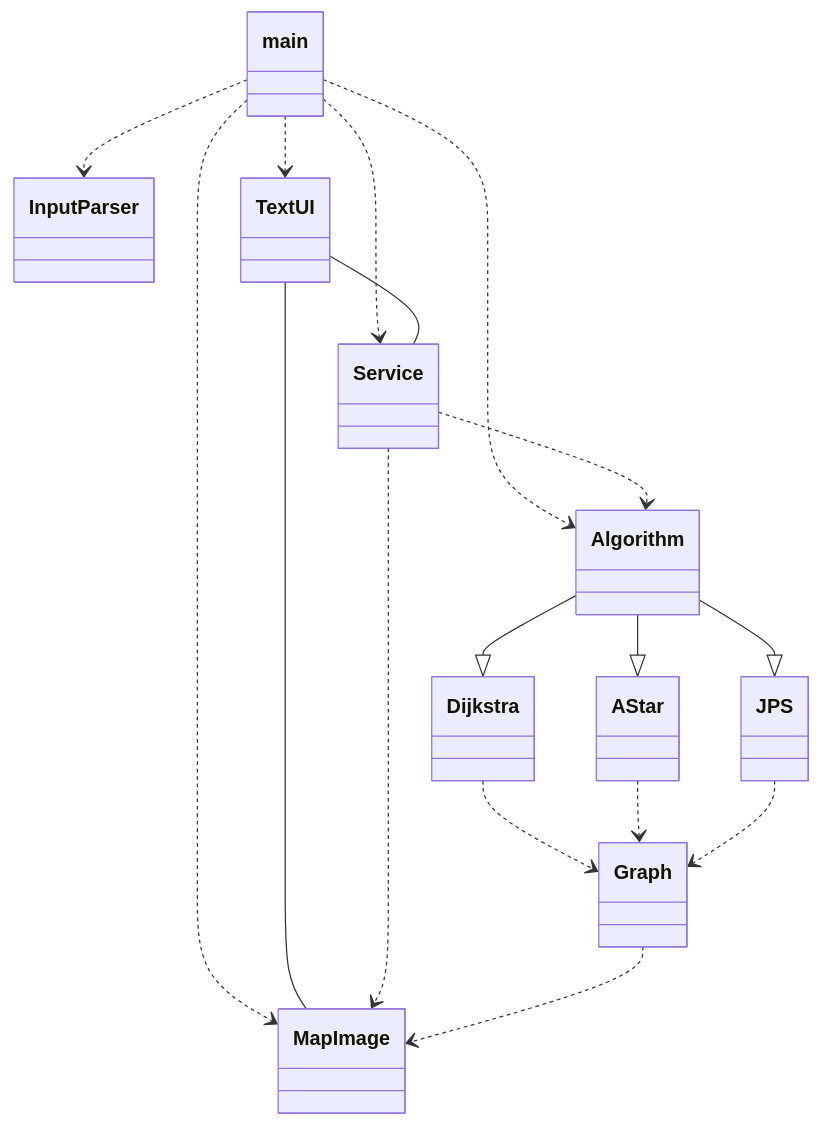
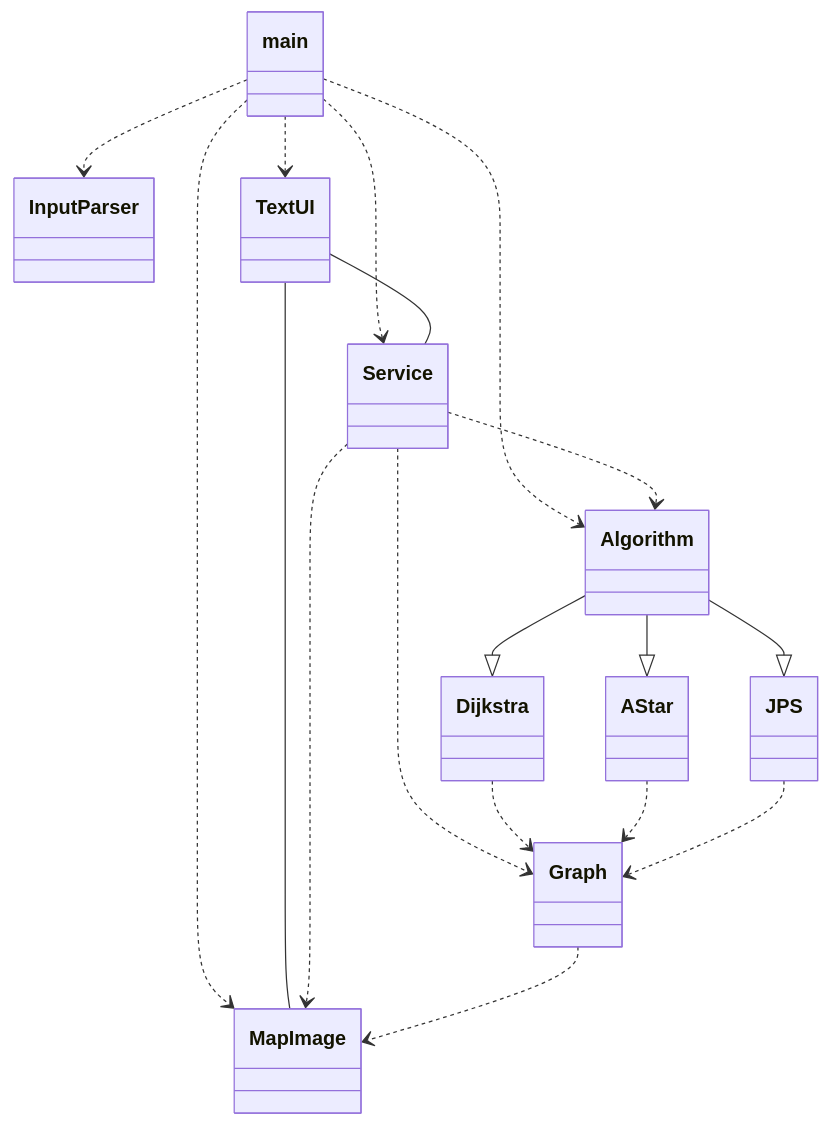
One commit to antonlep/shortest-path changed the diagram in documentation/implementation.md. Above: the diagram before and after it, drawn with Mermaid.

````diff
--- a/documentation/implementation.md
+++ b/documentation/implementation.md
@@ -3,35 +3,36 @@
 ```mermaid
  classDiagram
       main ..> InputParser
       main ..> TextUI
       main ..> MapImage
       main ..> Service
       main ..> Algorithm
       TextUI -- Service
       TextUI -- MapImage
       Service ..> Algorithm
       Service ..> MapImage
+      Service ..> Graph
       Dijkstra ..> Graph
       AStar ..> Graph
       JPS ..> Graph
       Graph ..> MapImage
       Algorithm --|> Dijkstra
       Algorithm --|> AStar
       Algorithm --|> JPS
       class main{
       }
       class InputParser{
       }
       class Algorithm{
       }
       class MapImage{
       }
       class Graph{
       }
       class Dijkstra{
       }
       class AStar{
       }
       class JPS{
       }
 ```
````
